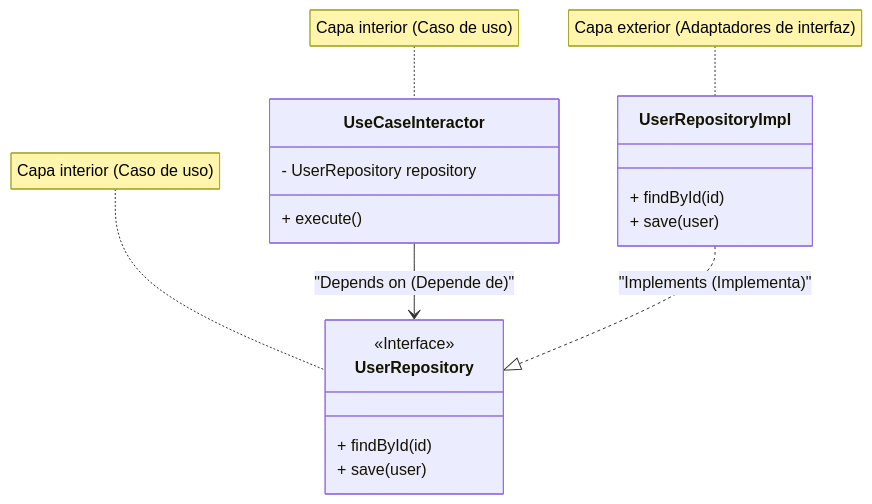
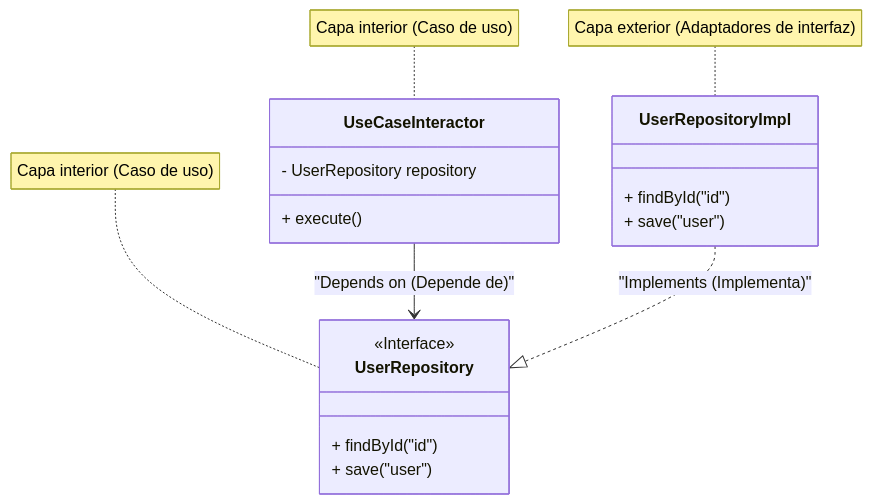
One commit to kenjinote/blog changed the third of 3 diagrams in content/post/クリーンアーキテクチャとは/index.es.md. Above: the diagram before and after it, drawn with Mermaid. The commit also changed 929 other files, not shown here.

Commit message:
fix: Add double quotes to all Mermaid node texts to resolve syntax errors

````diff
--- a/content/post/クリーンアーキテクチャとは/index.es.md
+++ b/content/post/クリーンアーキテクチャとは/index.es.md
@@ -142,25 +142,25 @@
 ```mermaid
 classDiagram
     class UseCaseInteractor {
         - UserRepository repository
         + execute()
     }
     
     class UserRepository {
         <<Interface>>
-        + findById(id)
-        + save(user)
+        + findById("id")
+        + save("user")
     }
     
     class UserRepositoryImpl {
-        + findById(id)
-        + save(user)
+        + findById("id")
+        + save("user")
     }
     
     UseCaseInteractor --> UserRepository : "Depends on (Depende de)"
     UserRepositoryImpl ..|> UserRepository : "Implements (Implementa)"
     
     note for UseCaseInteractor "Capa interior (Caso de uso)"
     note for UserRepository "Capa interior (Caso de uso)"
     note for UserRepositoryImpl "Capa exterior (Adaptadores de interfaz)"
 ```
````
